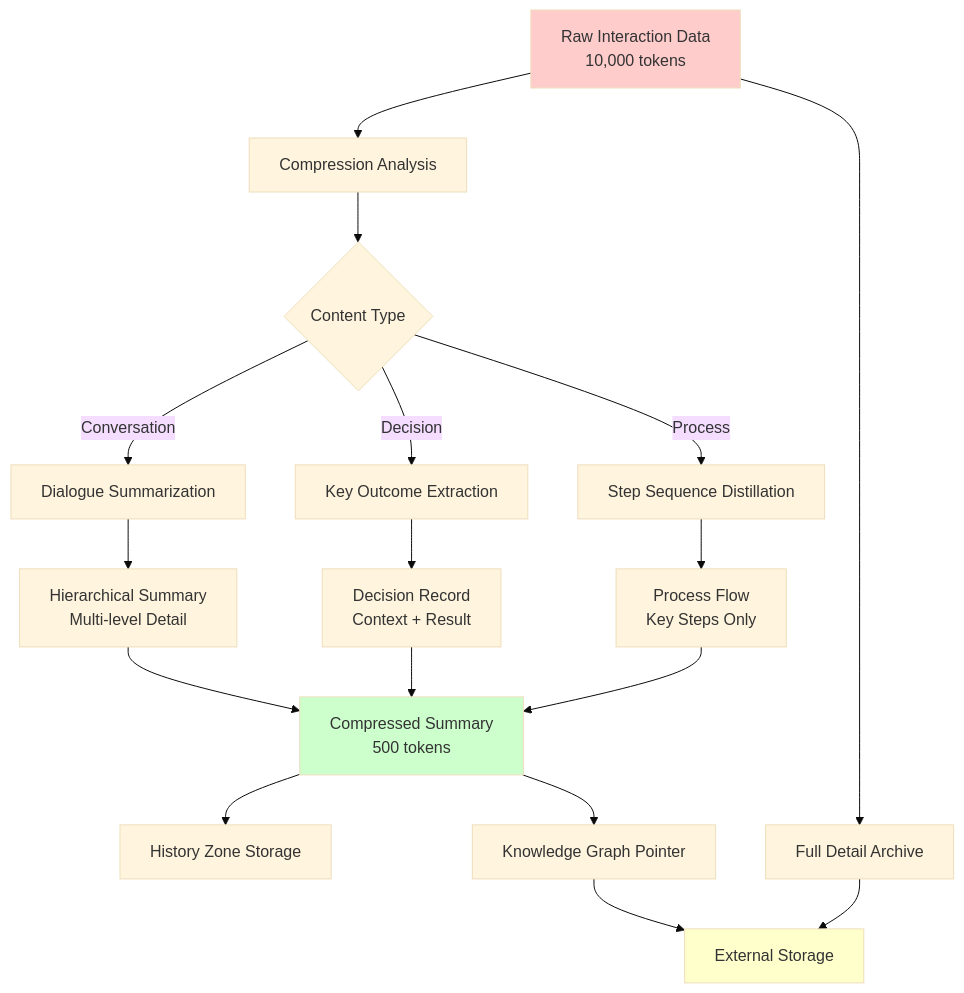
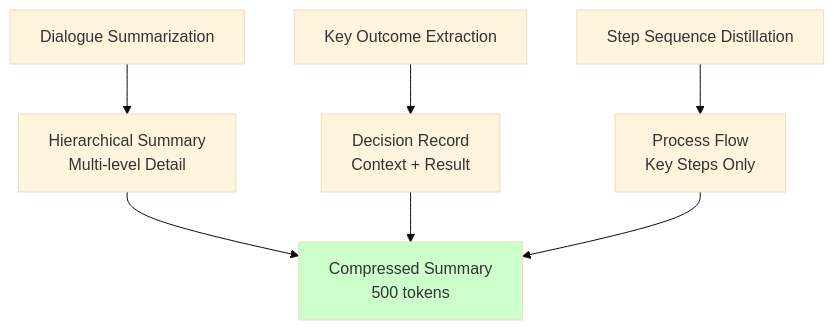
The eighth of 17 diagrams in reference/technical-articles/2025-06-29-context-management-llm-agents.md (raphaelmansuy/digital_palace), drawn with Mermaid (base theme) before and after one commit. The commit also changed other lines of this file, not shown here.

Commit message:
feat: enhance context management framework with additional Mermaid diagrams for improved clarity and structure

````diff
--- a/reference/technical-articles/2025-06-29-context-management-llm-agents.md
+++ b/reference/technical-articles/2025-06-29-context-management-llm-agents.md
@@ -251,28 +301,12 @@
 ```mermaid
 flowchart TD
-    A[Raw Interaction Data<br/>10,000 tokens] --> B[Compression Analysis]
+    A[Dialogue Summarization] --> D[Hierarchical Summary<br/>Multi-level Detail]
+    B[Key Outcome Extraction] --> E[Decision Record<br/>Context + Result]
+    C[Step Sequence Distillation] --> F[Process Flow<br/>Key Steps Only]
     
-    B --> C{Content Type}
-    C -->|Conversation| D[Dialogue Summarization]
-    C -->|Decision| E[Key Outcome Extraction]
-    C -->|Process| F[Step Sequence Distillation]
+    D --> G[Compressed Summary<br/>500 tokens]
+    E --> G
+    F --> G
     
-    D --> G[Hierarchical Summary<br/>Multi-level Detail]
-    E --> H[Decision Record<br/>Context + Result]
-    F --> I[Process Flow<br/>Key Steps Only]
-    
-    G --> J[Compressed Summary<br/>500 tokens]
-    H --> J
-    I --> J
-    
-    J --> K[History Zone Storage]
-    J --> L[Knowledge Graph Pointer]
-    
-    A --> M[Full Detail Archive]
-    M --> N[External Storage]
-    L --> N
-    
-    style A fill:#ffcccc
-    style J fill:#ccffcc
-    style N fill:#ffffcc
+    style G fill:#ccffcc
 ```
````
